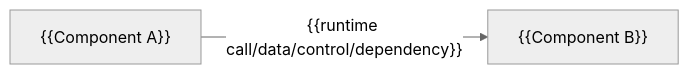
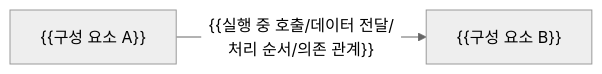
The diagram in docs/architectures/architecture-view.template.md (kayden-kim/narumq), drawn with Mermaid (neutral theme) before and after one commit. The commit also changed other lines of this file and 18 other files, not shown here.

````diff
--- a/docs/architectures/architecture-view.template.md
+++ b/docs/architectures/architecture-view.template.md
@@ -20,4 +20,4 @@
 ```mermaid
 flowchart LR
-    A["{{Component A}}"] -->|"{{runtime call/data/control/dependency}}"| B["{{Component B}}"]
+    A["{{구성 요소 A}}"] -->|"{{실행 중 호출/데이터 전달/처리 순서/의존 관계}}"| B["{{구성 요소 B}}"]
 ```
````
